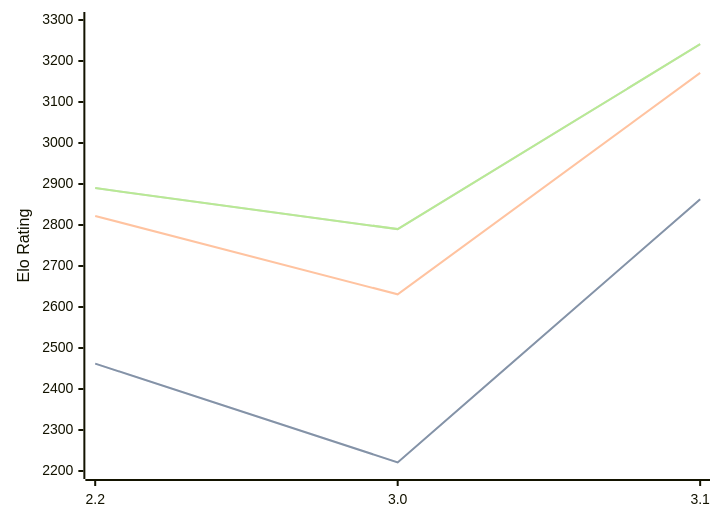
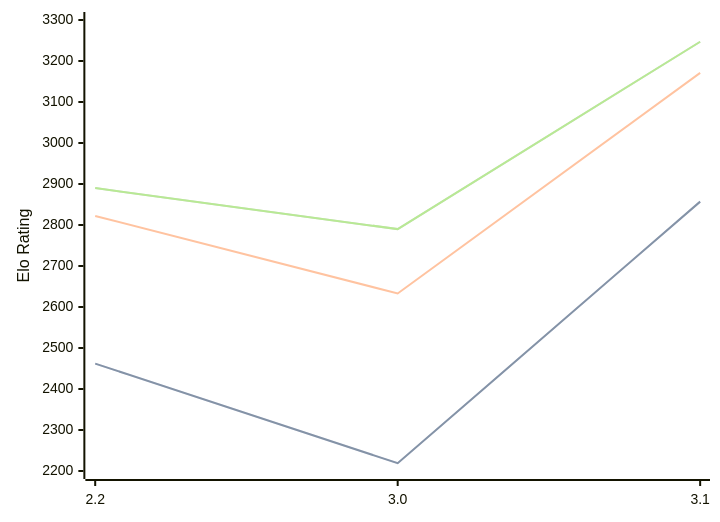
Before and after one commit to computer-chess-index/cci: the first of 3 diagrams in engines/Thrawn.md, drawn with Mermaid. The commit also changed other lines of this file, not shown here.

Commit message:
Update CCI Ratings (ELO VLTC) - 2026-07-10

````diff
--- a/engines/Thrawn.md
+++ b/engines/Thrawn.md
@@ -41,11 +41,11 @@
 ```mermaid
 %%{init: {"theme":"base","themeVariables":{"seriesColors:['#a3a3a3','#222221','#faa371']}}}%%
 xychart-beta
   x-axis ["2.2", "3.0", "3.1"]
   y-axis "Elo Rating" 2200 --> 3300
-  line "STC (8.0+0.08s)" [2462, 2221, 2863]
-  line "STC (8.0+0.08s)" [2462, 2221, 2863]
-  line "LTC (60.0+0.60s)" [2822, 2631, 3171]
-  line "VLTC (2m24s+1.12s)" [2890, 2790, 3241]
-  line "VLTC (2m24s+1.12s)" [2890, 2790, 3241]
+  line "STC (8.0+0.08s)" [2462, 2219, 2857]
+  line "STC (8.0+0.08s)" [2462, 2219, 2857]
+  line "LTC (60.0+0.60s)" [2822, 2633, 3171]
+  line "VLTC (2m24s+1.12s)" [2890, 2790, 3247]
+  line "VLTC (2m24s+1.12s)" [2890, 2790, 3247]
 ```
````
